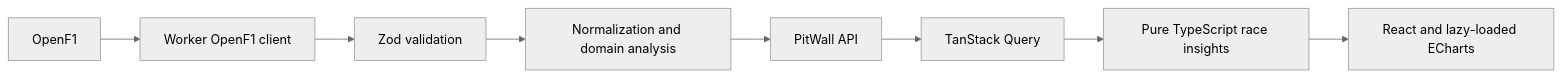
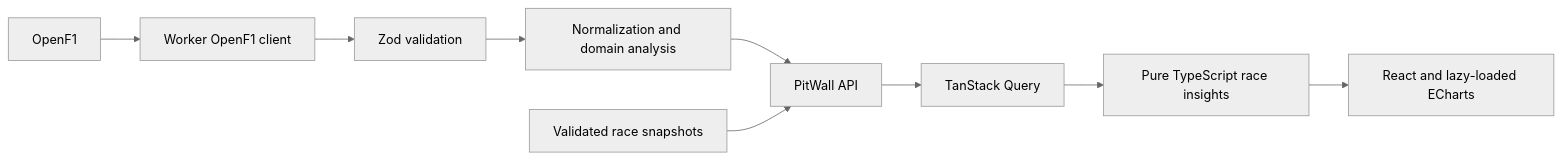
Before and after one commit to Ago-filo/Pitwall: the diagram in README.md, drawn with Mermaid (neutral theme). The commit also changed other lines of this file and 19 other files, not shown here.

Commit message:
Add three validated guided race snapshots

````diff
--- a/README.md
+++ b/README.md
@@ -35,10 +37,11 @@
 ```mermaid
 flowchart LR
   OpenF1 --> Client[Worker OpenF1 client]
   Client --> Validation[Zod validation]
   Validation --> Domain[Normalization and domain analysis]
   Domain --> API[PitWall API]
+  Snapshots[Validated race snapshots] --> API
   API --> Query[TanStack Query]
   Query --> Analysis[Pure TypeScript race insights]
   Analysis --> UI[React and lazy-loaded ECharts]
 ```
````
